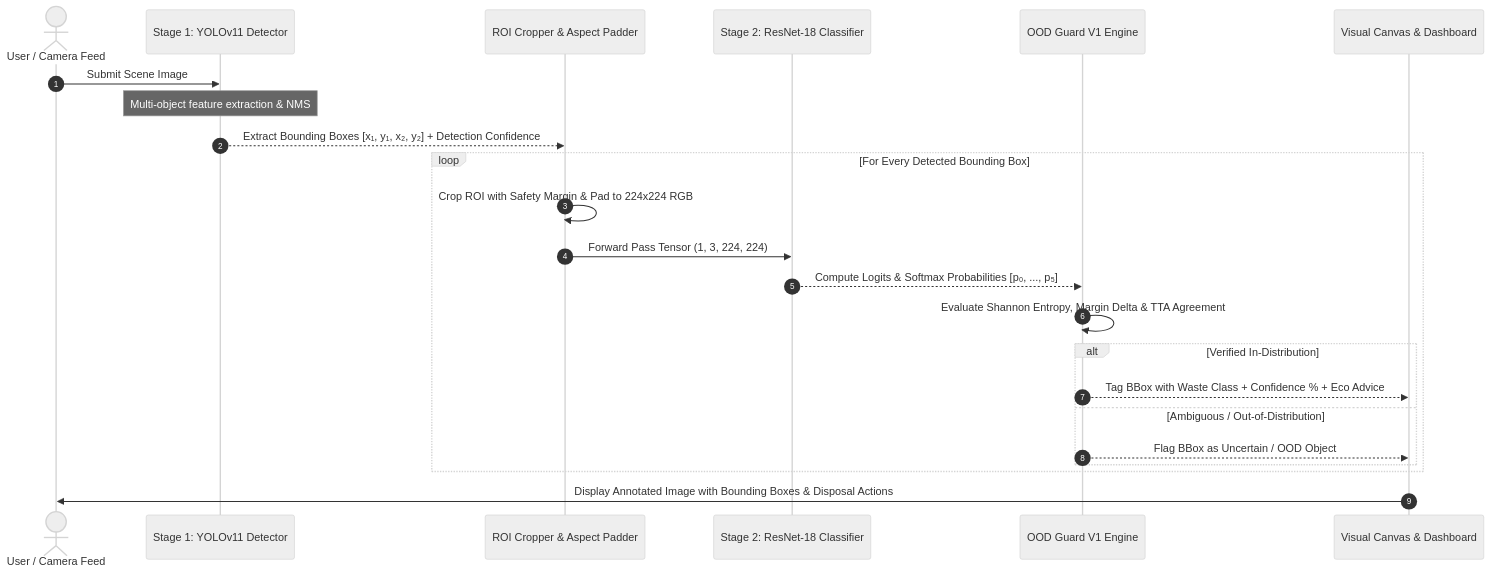
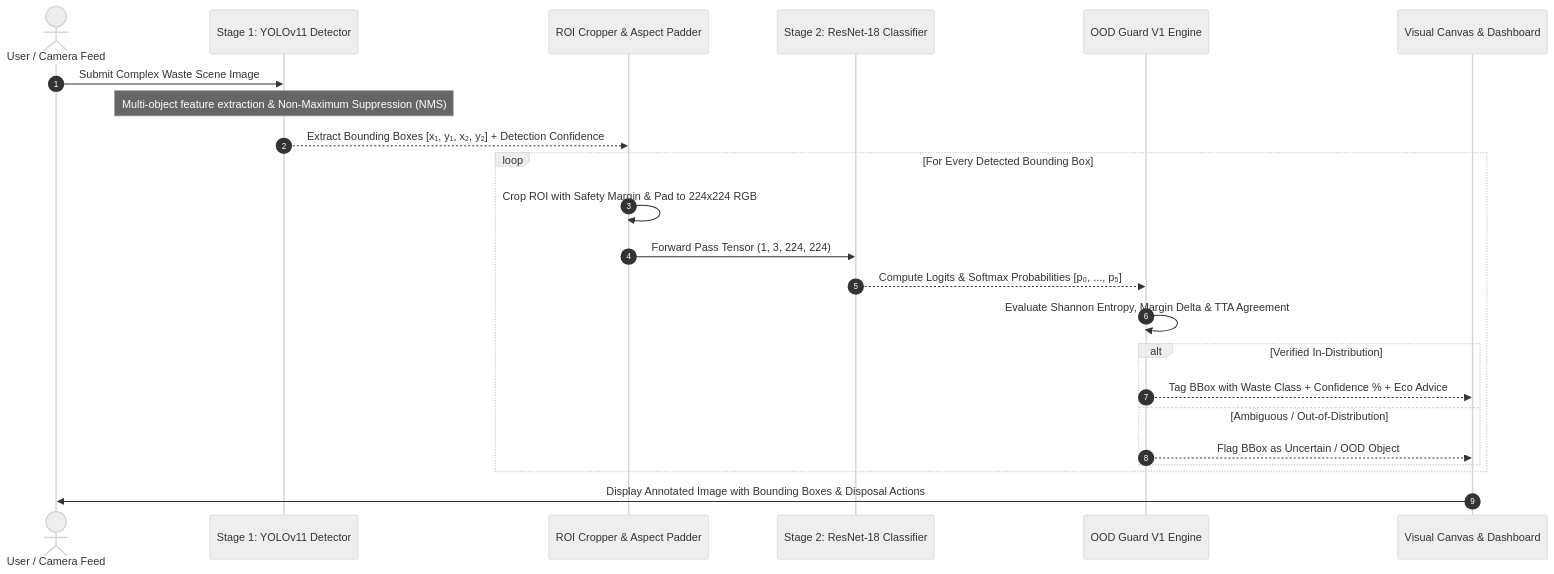
One commit to Snigdha-0210/Smart_Waste_Classifier changed the second of 3 diagrams in README.md. Above: the diagram before and after it, drawn with Mermaid (neutral theme). The commit also changed other lines of this file and 1 other file, not shown here.

````diff
--- a/README.md
+++ b/README.md
@@ -149,28 +167,28 @@
 ```mermaid
 sequenceDiagram
     autonumber
     actor User as User / Camera Feed
     participant YOLO as Stage 1: YOLOv11 Detector
     participant Crop as ROI Cropper & Aspect Padder
     participant ResNet as Stage 2: ResNet-18 Classifier
     participant OOD as OOD Guard V1 Engine
     participant UI as Visual Canvas & Dashboard
 
-    User->>YOLO: Submit Scene Image
-    Note over YOLO: Multi-object feature extraction & NMS
+    User->>YOLO: Submit Complex Waste Scene Image
+    Note over YOLO: Multi-object feature extraction & Non-Maximum Suppression (NMS)
     YOLO-->>Crop: Extract Bounding Boxes [x₁, y₁, x₂, y₂] + Detection Confidence
     
     loop For Every Detected Bounding Box
         Crop->>Crop: Crop ROI with Safety Margin & Pad to 224x224 RGB
         Crop->>ResNet: Forward Pass Tensor (1, 3, 224, 224)
         ResNet-->>OOD: Compute Logits & Softmax Probabilities [p₀, ..., p₅]
         OOD->>OOD: Evaluate Shannon Entropy, Margin Delta & TTA Agreement
         alt Verified In-Distribution
             OOD-->>UI: Tag BBox with Waste Class + Confidence % + Eco Advice
         else Ambiguous / Out-of-Distribution
             OOD-->>UI: Flag BBox as Uncertain / OOD Object
         end
     end
     
     UI->>User: Display Annotated Image with Bounding Boxes & Disposal Actions
 ```
````
